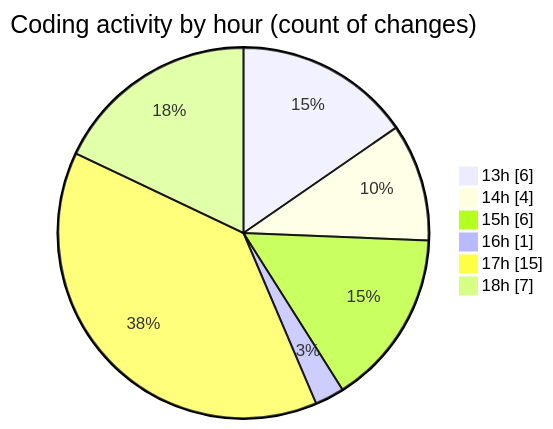
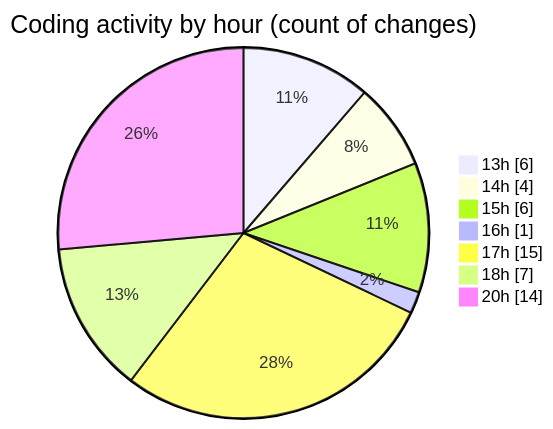
One commit to Elitesun/code-tracking changed the second of 2 diagrams in 2025-05-17/niten/README.md. Above: the diagram before and after it, drawn with Mermaid. The commit also changed other lines of this file and 1 other file, not shown here.

````diff
--- a/2025-05-17/niten/README.md
+++ b/2025-05-17/niten/README.md
@@ -36,10 +47,11 @@
 ```mermaid
 pie showData
 title Coding activity by hour (count of changes)
 "13h" : 6
 "14h" : 4
 "15h" : 6
 "16h" : 1
 "17h" : 15
 "18h" : 7
+"20h" : 14
 ```
````
